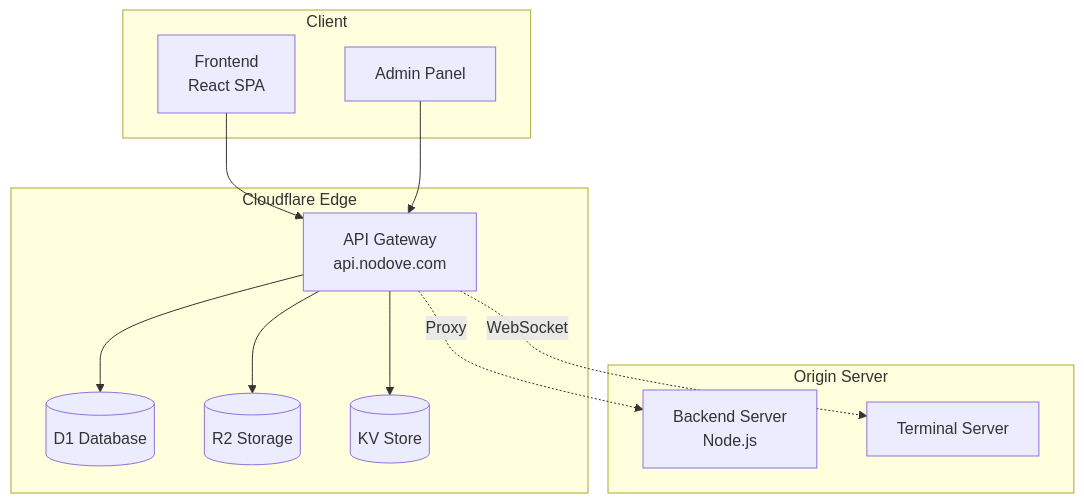
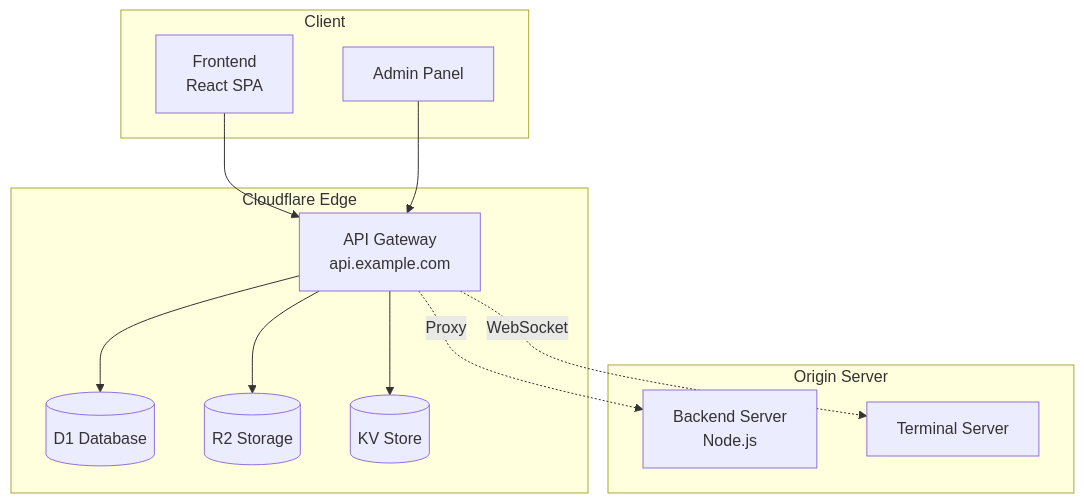
One commit to choisimo/blog changed the first of 3 diagrams in workers/api-gateway/README.md. Above: the diagram before and after it, drawn with Mermaid. The commit also changed other lines of this file and 11 other files, not shown here.

````diff
--- a/workers/api-gateway/README.md
+++ b/workers/api-gateway/README.md
@@ -31,27 +33,27 @@
 ```mermaid
 flowchart TB
     subgraph Client
         FE[Frontend<br/>React SPA]
         ADMIN[Admin Panel]
     end
 
     subgraph "Cloudflare Edge"
-        GW[API Gateway<br/>api.nodove.com]
+        GW[API Gateway<br/>api.example.com]
         D1[(D1 Database)]
         R2[(R2 Storage)]
         KV[(KV Store)]
     end
 
     subgraph "Origin Server"
         BE[Backend Server<br/>Node.js]
         TERM[Terminal Server]
     end
 
     FE --> GW
     ADMIN --> GW
     GW --> D1
     GW --> R2
     GW --> KV
     GW -.->|Proxy| BE
     GW -.->|WebSocket| TERM
 ```
````
